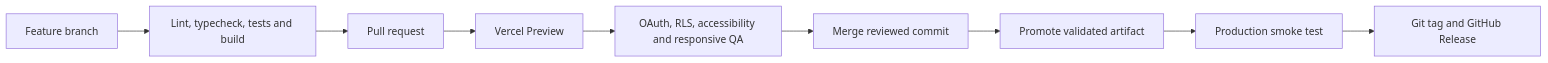
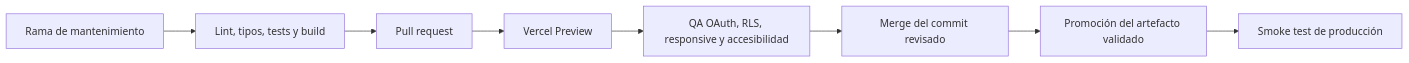
Before and after one commit to antoniojesusdelgado/management-platform-demo: the ninth of 9 diagrams in docs/TECHNICAL-CASE-STUDY.md, drawn with Mermaid. The commit also changed other lines of this file and 34 other files, not shown here.

````diff
--- a/docs/TECHNICAL-CASE-STUDY.md
+++ b/docs/TECHNICAL-CASE-STUDY.md
@@ -275,11 +320,10 @@
 ```mermaid
 flowchart LR
-  branch["Feature branch"] --> checks["Lint, typecheck, tests and build"]
+  branch["Rama de mantenimiento"] --> checks["Lint, tipos, tests y build"]
   checks --> pr["Pull request"]
   pr --> preview["Vercel Preview"]
-  preview --> qa["OAuth, RLS, accessibility and responsive QA"]
-  qa --> merge["Merge reviewed commit"]
-  merge --> production["Promote validated artifact"]
-  production --> smoke["Production smoke test"]
-  smoke --> tag["Git tag and GitHub Release"]
+  preview --> qa["QA OAuth, RLS, responsive y accesibilidad"]
+  qa --> merge["Merge del commit revisado"]
+  merge --> production["Promoción del artefacto validado"]
+  production --> smoke["Smoke test de producción"]
 ```
````
